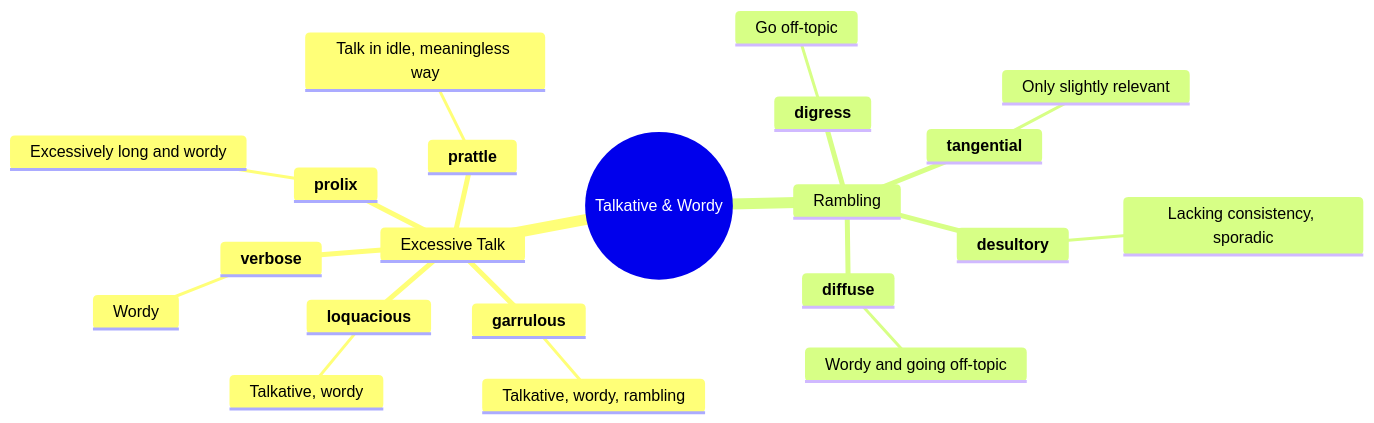
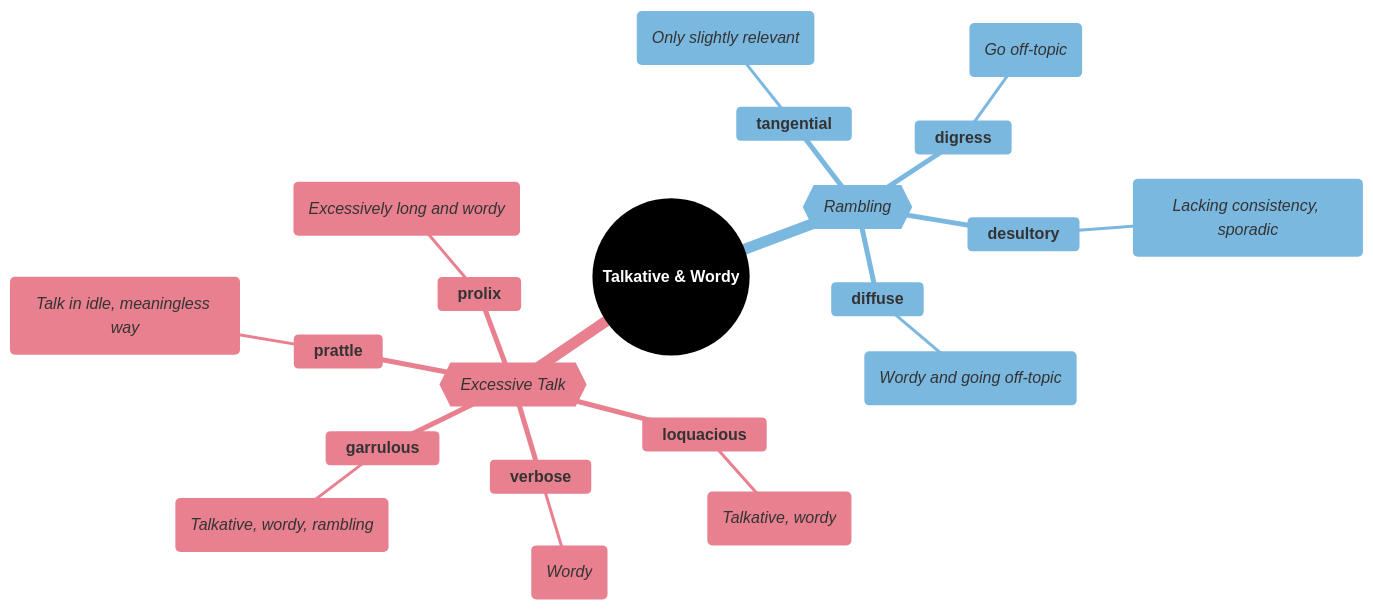
One commit to 95anantsingh/gre-preparation changed the second of 7 diagrams in mindmaps/10-speech-and-communication.md. Above: the diagram before and after it, drawn with Mermaid. The commit also changed other lines of this file and 14 other files, not shown here.

````diff
--- a/mindmaps/10-speech-and-communication.md
+++ b/mindmaps/10-speech-and-communication.md
@@ -92,24 +111,43 @@
 ```mermaid
+%%{
+  init: {
+    "theme": "base",
+    "themeVariables": {
+      "primaryColor": "#000000",
+      "cScale1": "#e8808f",  "cScaleInv1": "#a33445",
+      "cScale2": "#7bb8e0",  "cScaleInv2": "#266a93",
+      "cScale3": "#6db993",  "cScaleInv3": "#23543f",
+      "cScale4": "#f5d07a",  "cScaleInv4": "#c4903b",
+      "cScale5": "#b08fcc",  "cScaleInv5": "#5d3b75",
+      "cScale6": "#f09570",  "cScaleInv6": "#b84112",
+      "cScale7": "#74dace",  "cScaleInv7": "#217d72",
+      "cScale8": "#8ea8c2",  "cScaleInv8": "#32465e",
+      "cScale9": "#cc7fba",  "cScaleInv9": "#7d2868",
+      "cScale10": "#c99a78", "cScaleInv10": "#7c4e32",
+      "cScale11": "#a3a3a3", "cScaleInv11": "#3d3d3d"
+    }
+  }
+}%%
 mindmap
-  root((Talkative & Wordy))
-    Excessive Talk
+  root((<font color=white>**Talkative & Wordy**</font>))
+    {{_Excessive Talk_}}
       **garrulous**
-        Talkative, wordy, rambling
+        (_Talkative, wordy, rambling_)
       **loquacious**
-        Talkative, wordy
+        (_Talkative, wordy_)
       **verbose**
-        Wordy
+        (_Wordy_)
       **prolix**
-        Excessively long and wordy
+        (_Excessively long and wordy_)
       **prattle**
-        Talk in idle, meaningless way
-    Rambling
+        (_Talk in idle, meaningless way_)
+    {{_Rambling_}}
       **digress**
-        Go off-topic
+        (_Go off-topic_)
       **tangential**
-        Only slightly relevant
+        (_Only slightly relevant_)
       **desultory**
-        Lacking consistency, sporadic
+        (_Lacking consistency, sporadic_)
       **diffuse**
-        Wordy and going off-topic
+        (_Wordy and going off-topic_)
 ```
````
